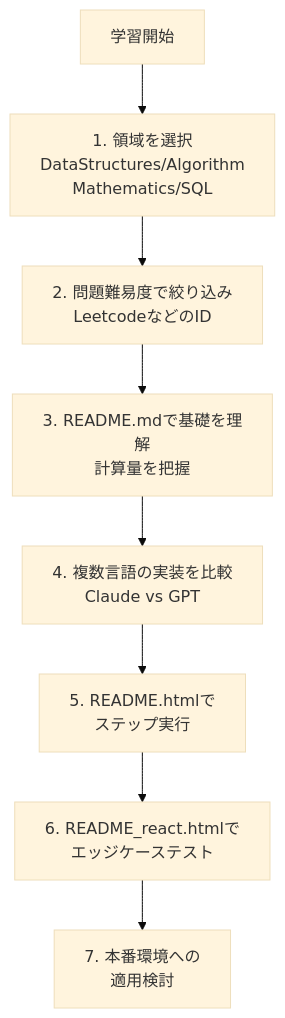
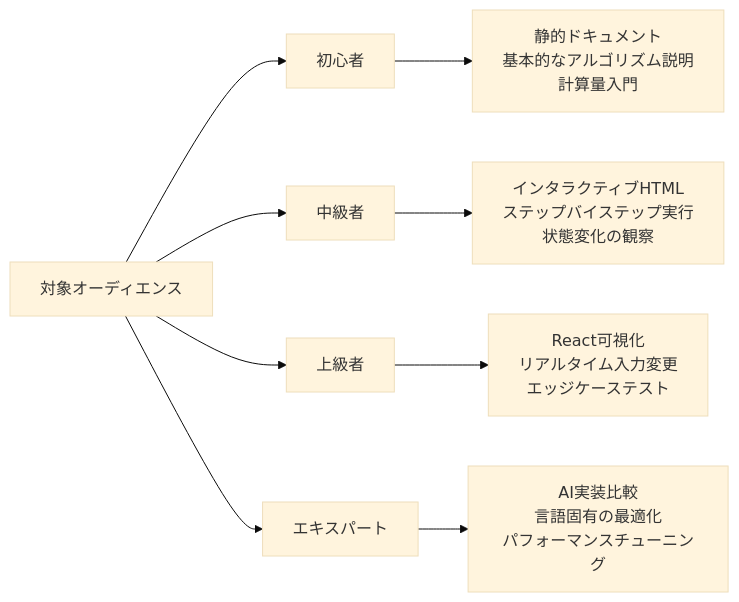
The ninth of 9 diagrams in README.md (myoshi2891/Algorithm-DataStructures-Math-SQL), drawn with Mermaid (base theme) before and after one commit. The commit also changed other lines of this file, not shown here.

````diff
--- a/README.md
+++ b/README.md
@@ -469,20 +376,19 @@
 ```mermaid
-flowchart TD
-  Start["学習開始"]
-
-  Step1["1. 領域を選択<br/>DataStructures/Algorithm<br/>Mathematics/SQL"]
-  Step2["2. 問題難易度で絞り込み<br/>LeetcodeなどのID"]
-  Step3["3. README.mdで基礎を理解<br/>計算量を把握"]
-  Step4["4. 複数言語の実装を比較<br/>Claude vs GPT"]
-  Step5["5. README.htmlで<br/>ステップ実行"]
-  Step6["6. README_react.htmlで<br/>エッジケーステスト"]
-  Step7["7. 本番環境への<br/>適用検討"]
-
-  Start --> Step1
-  Step1 --> Step2
-  Step2 --> Step3
-  Step3 --> Step4
-  Step4 --> Step5
-  Step5 --> Step6
-  Step6 --> Step7
+graph LR
+    Audience[対象オーディエンス]
+    
+    Beginner[初心者]
+    Intermediate[中級者]
+    Advanced[上級者]
+    Expert[エキスパート]
+    
+    Audience --> Beginner
+    Audience --> Intermediate
+    Audience --> Advanced
+    Audience --> Expert
+    
+    Beginner --> BeginnerContent[静的ドキュメント<br/>基本的なアルゴリズム説明<br/>計算量入門]
+    Intermediate --> IntermediateContent[インタラクティブHTML<br/>ステップバイステップ実行<br/>状態変化の観察]
+    Advanced --> AdvancedContent[React可視化<br/>リアルタイム入力変更<br/>エッジケーステスト]
+    Expert --> ExpertContent[AI実装比較<br/>言語固有の最適化<br/>パフォーマンスチューニング]
 ```
````
